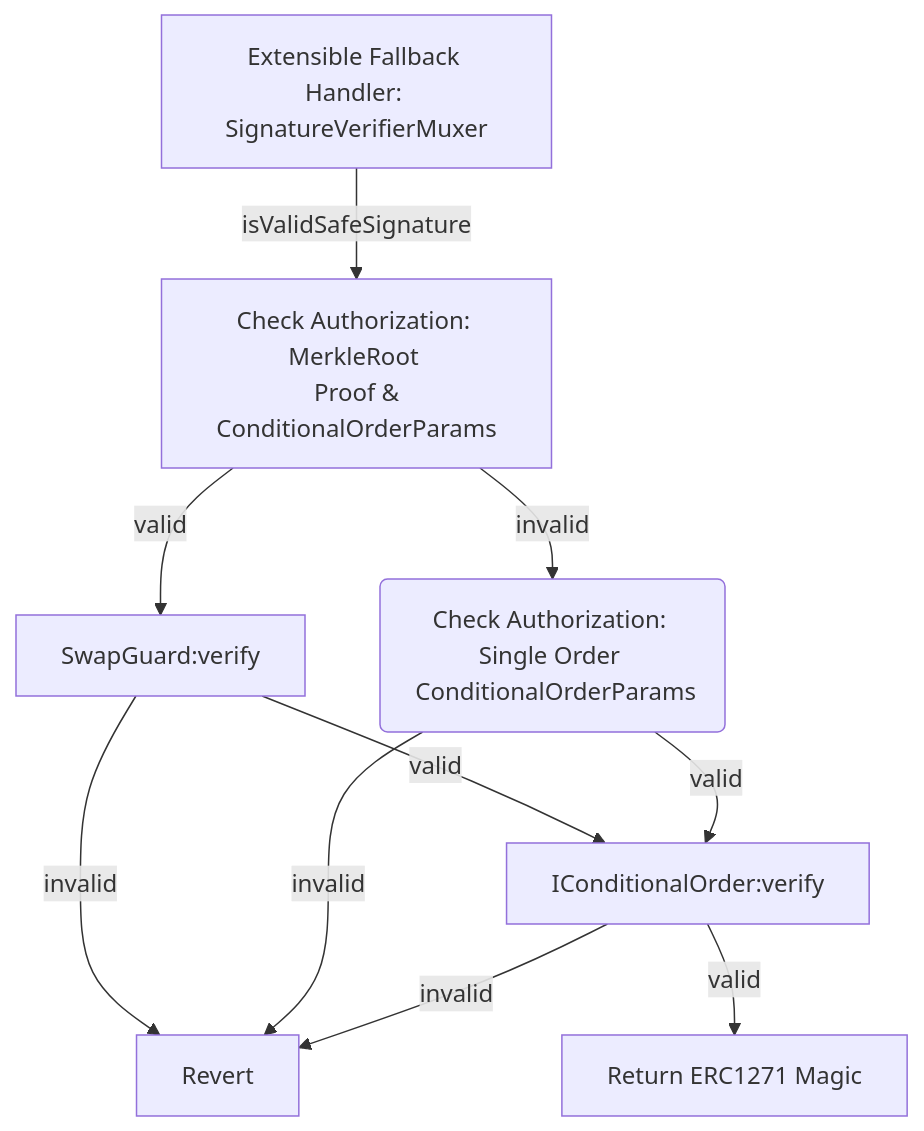
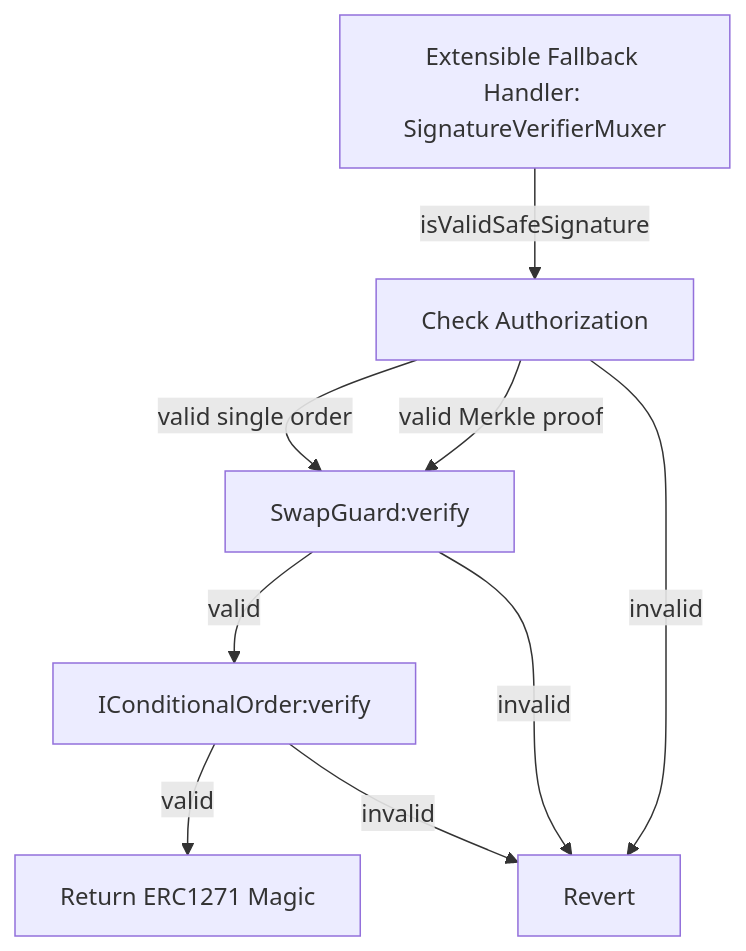
The first of 2 diagrams in docs/cow-protocol/reference/contracts/periphery/composable_cow.md (cowprotocol/docs), drawn with Mermaid before and after one commit. The commit also changed other lines of this file and 2 other files, not shown here.

````diff
--- a/docs/cow-protocol/reference/contracts/periphery/composable_cow.md
+++ b/docs/cow-protocol/reference/contracts/periphery/composable_cow.md
@@ -46,12 +46,11 @@
 ```mermaid
 flowchart TD
-    A[Extensible Fallback Handler: SignatureVerifierMuxer] -->|isValidSafeSignature| B[Check Authorization: MerkleRoot \n Proof & ConditionalOrderParams]
-    B -->|valid| S[SwapGuard:verify]
-    S -->|invalid| I[Revert]
-    S -->|valid| V[IConditionalOrder:verify]
-    B -->|invalid| C(Check Authorization: Single Order \n ConditionalOrderParams)
-    C -->|valid| V
-    C -->|invalid| I
-    V -->|valid| T[Return ERC1271 Magic]
-    V -->|invalid| I
+    A[Extensible Fallback Handler: SignatureVerifierMuxer] -->|isValidSafeSignature| B[Check Authorization]  
+    B -->|valid single order| S[SwapGuard:verify] 
+    B -->|valid Merkle proof| S  
+    B -->|invalid| I[Revert]  
+    S -->|valid| V[IConditionalOrder:verify]  
+    S -->|invalid| I  
+    V -->|valid| T[Return ERC1271 Magic]  
+    V -->|invalid| I  
 ```
````
